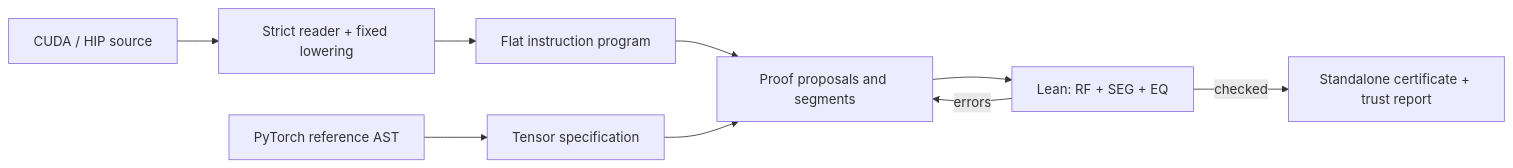
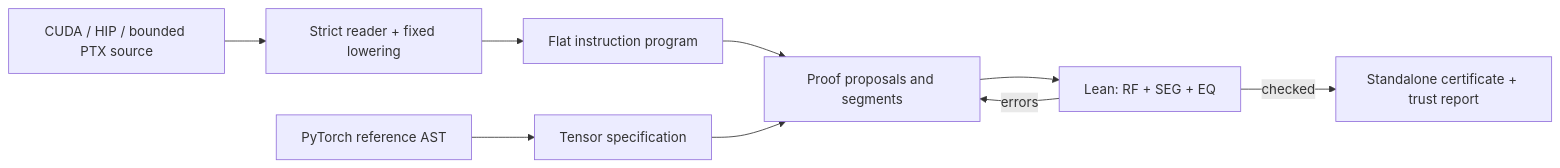
The diagram in README.md (harsh-nod/lark), drawn with Mermaid before and after one commit. The commit also changed other lines of this file and 102 other files, not shown here.

Commit message:
Add source-bound scalar PTX certificates with alignment and initialization controls

````diff
--- a/README.md
+++ b/README.md
@@ -56,11 +61,11 @@
 ```mermaid
 flowchart LR
-  K[CUDA / HIP source] --> T[Strict reader + fixed lowering]
+  K[CUDA / HIP / bounded PTX source] --> T[Strict reader + fixed lowering]
   T --> F[Flat instruction program]
   R[PyTorch reference AST] --> S[Tensor specification]
   F --> P[Proof proposals and segments]
   S --> P
   P --> L[Lean: RF + SEG + EQ]
   L -->|errors| P
   L -->|checked| C[Standalone certificate + trust report]
 ```
````
